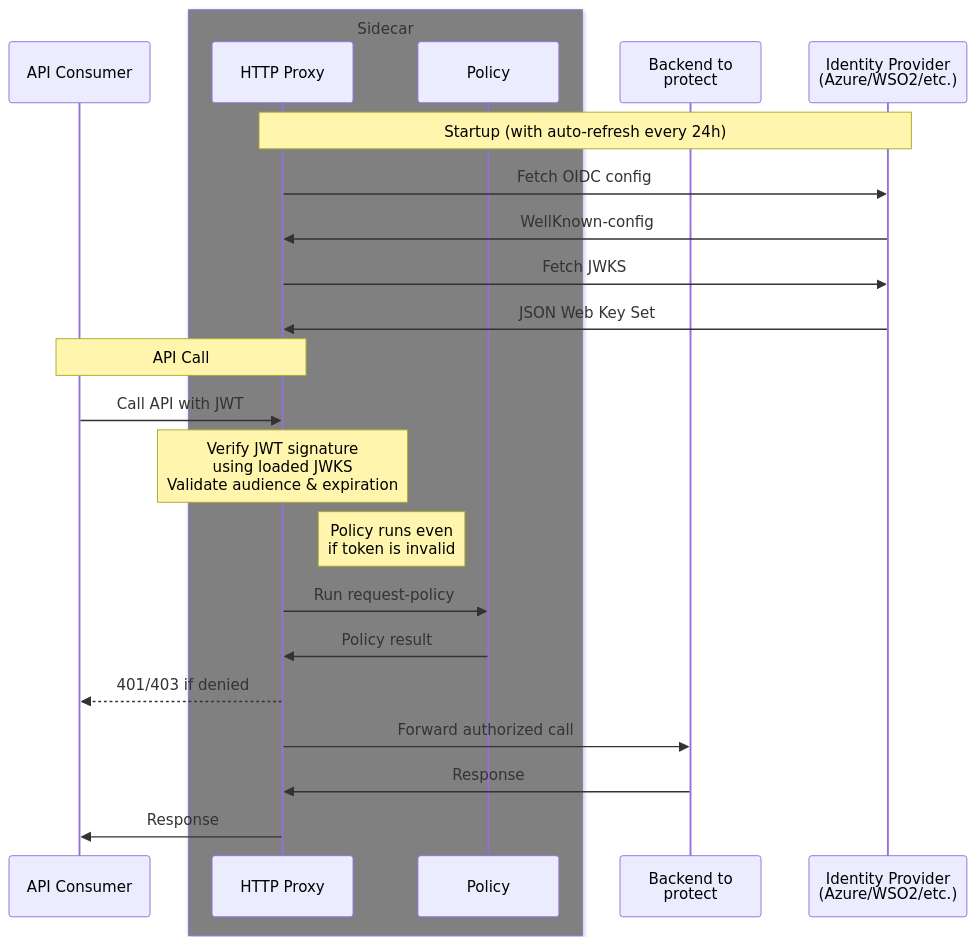
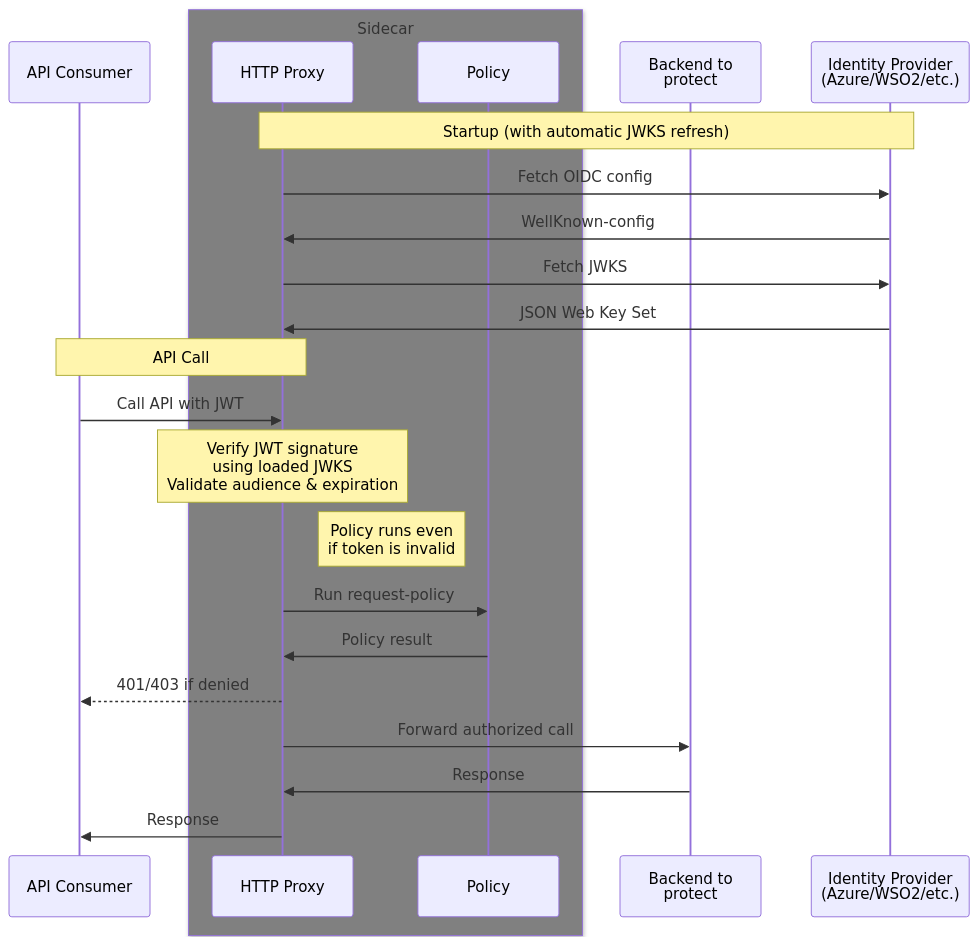
One commit to AB-Lindex/rest-rego changed the diagram in docs/JWT.md. Above: the diagram before and after it, drawn with Mermaid. The commit also changed other lines of this file and 2 other files, not shown here.

Commit message:
feat(jwtsupport): enhance JWKS refresh mechanism with error logging and validation checks

````diff
--- a/docs/JWT.md
+++ b/docs/JWT.md
@@ -78,27 +78,27 @@
 ```mermaid
 sequenceDiagram
   participant u as API Consumer
   box gray Sidecar
   participant p as HTTP Proxy
   participant pol as Policy
   end
   participant b as Backend to<br>protect
   participant idp as Identity Provider<br>(Azure/WSO2/etc.)
 
-  note over p,idp: Startup (with auto-refresh every 24h)
+  note over p,idp: Startup (with automatic JWKS refresh)
   p->>idp: Fetch OIDC config
   idp->>p: WellKnown-config
   p->>idp: Fetch JWKS
   idp->>p: JSON Web Key Set
 
   note over u,p: API Call
   u->>p: Call API with JWT
   note over p: Verify JWT signature<br>using loaded JWKS<br>Validate audience & expiration
   note left of pol: Policy runs even<br/>if token is invalid
   p->>pol: Run request-policy
   pol->>p: Policy result
   p-->>u: 401/403 if denied
   p->>b: Forward authorized call
   b->>p: Response
   p->>u: Response
 ```
````
